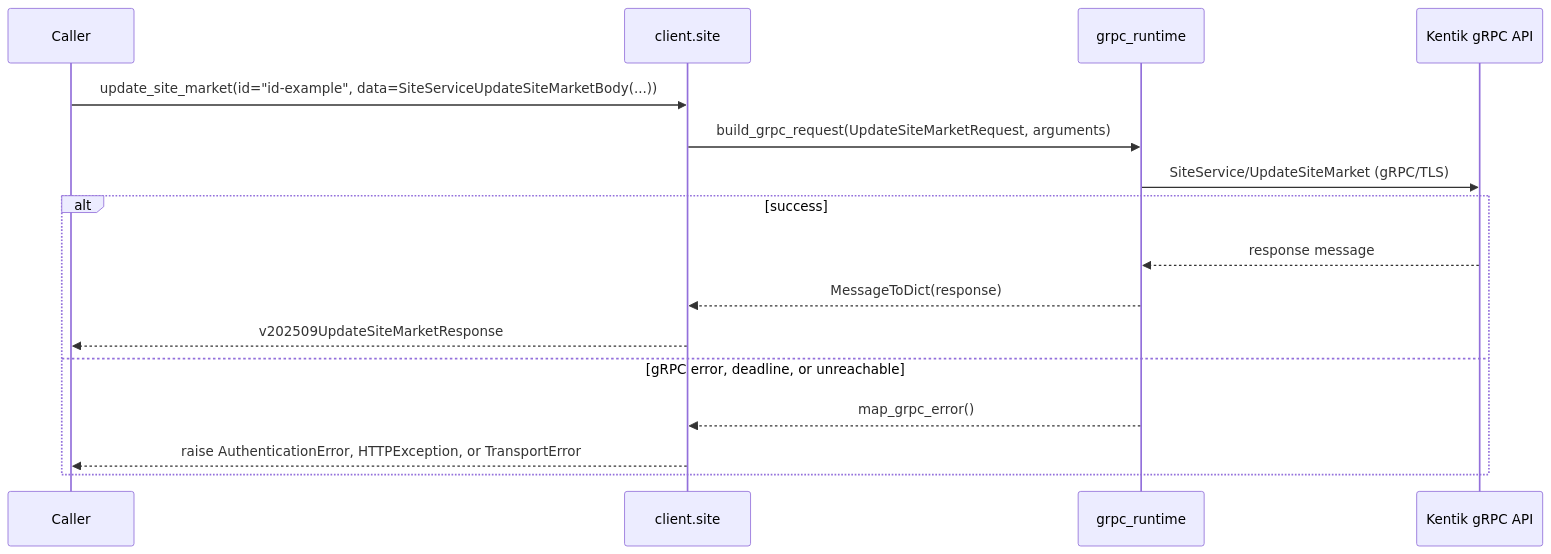
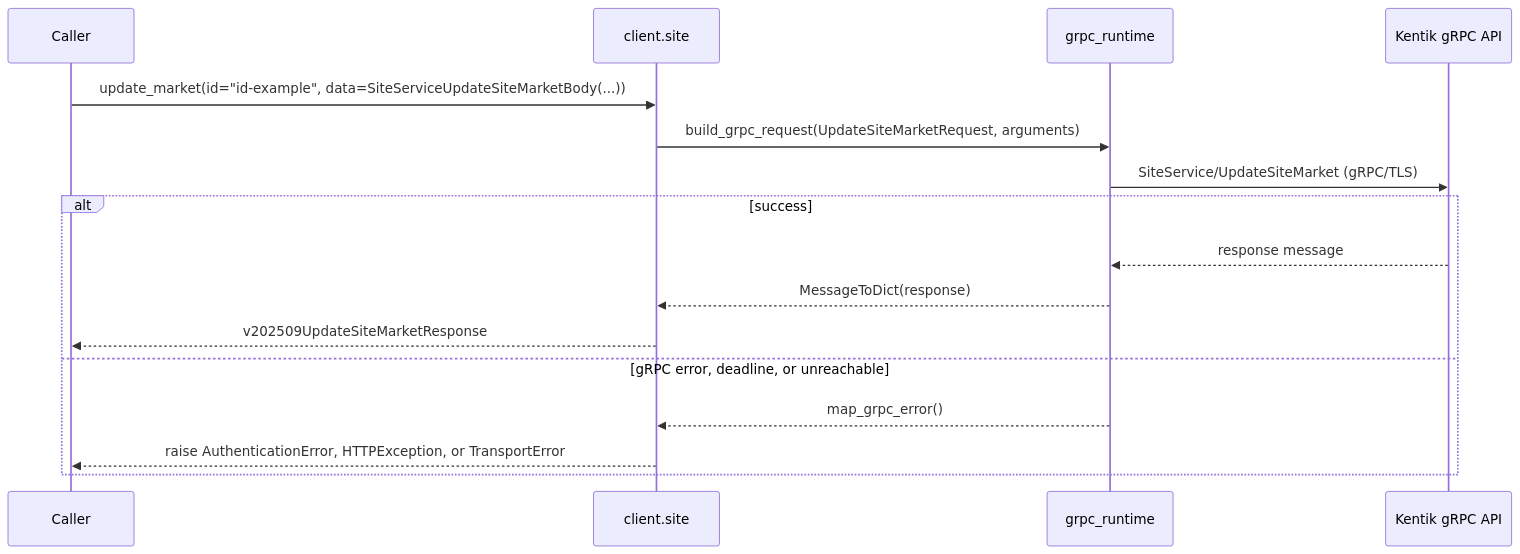
Before and after one commit to alexdearaujo/community_sdk_python: the ninth of 22 diagrams in docs/sphinx/services/site.md, drawn with Mermaid. The commit also changed other lines of this file and 28 other files, not shown here.

````diff
--- a/docs/sphinx/services/site.md
+++ b/docs/sphinx/services/site.md
@@ -279,19 +279,19 @@
 ```mermaid
 sequenceDiagram
     participant C as Caller
     participant W as client.site
     participant R as grpc_runtime
     participant API as Kentik gRPC API
 
-    C->>W: update_site_market(id="id-example", data=SiteServiceUpdateSiteMarketBody(...))
+    C->>W: update_market(id="id-example", data=SiteServiceUpdateSiteMarketBody(...))
     W->>R: build_grpc_request(UpdateSiteMarketRequest, arguments)
     R->>API: SiteService/UpdateSiteMarket (gRPC/TLS)
     alt success
         API-->>R: response message
         R-->>W: MessageToDict(response)
         W-->>C: v202509UpdateSiteMarketResponse
     else gRPC error, deadline, or unreachable
         R-->>W: map_grpc_error()
         W-->>C: raise AuthenticationError, HTTPException, or TransportError
     end
 ```
````
